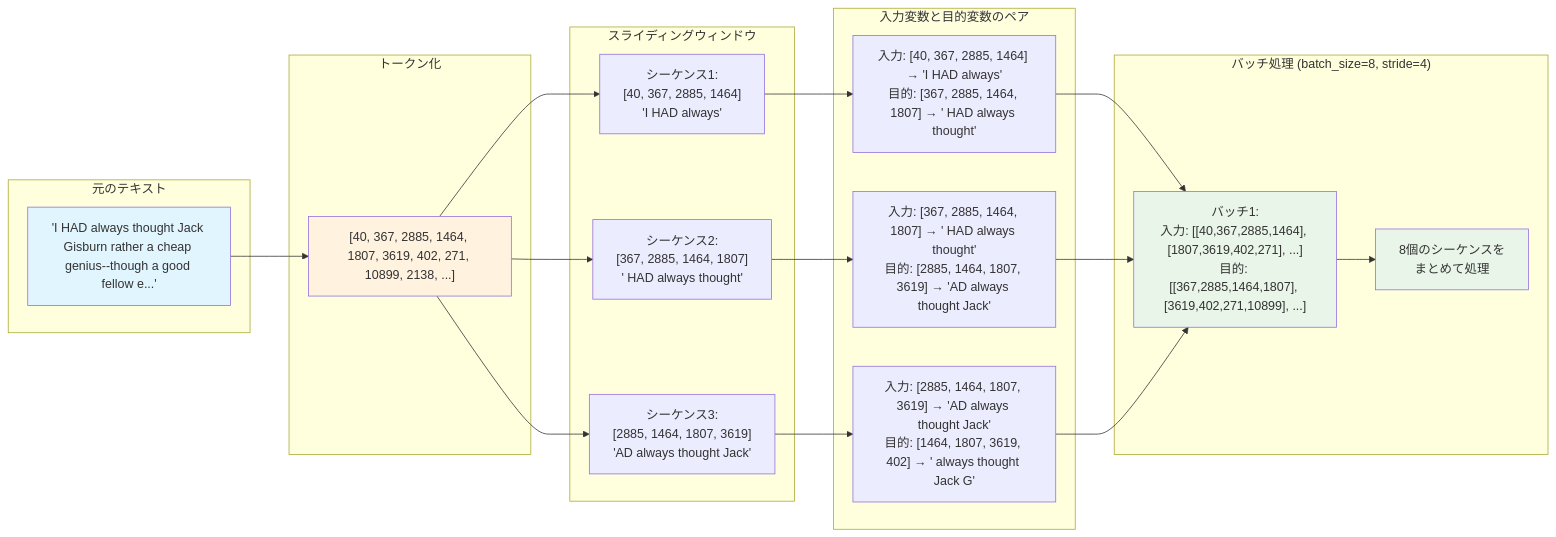
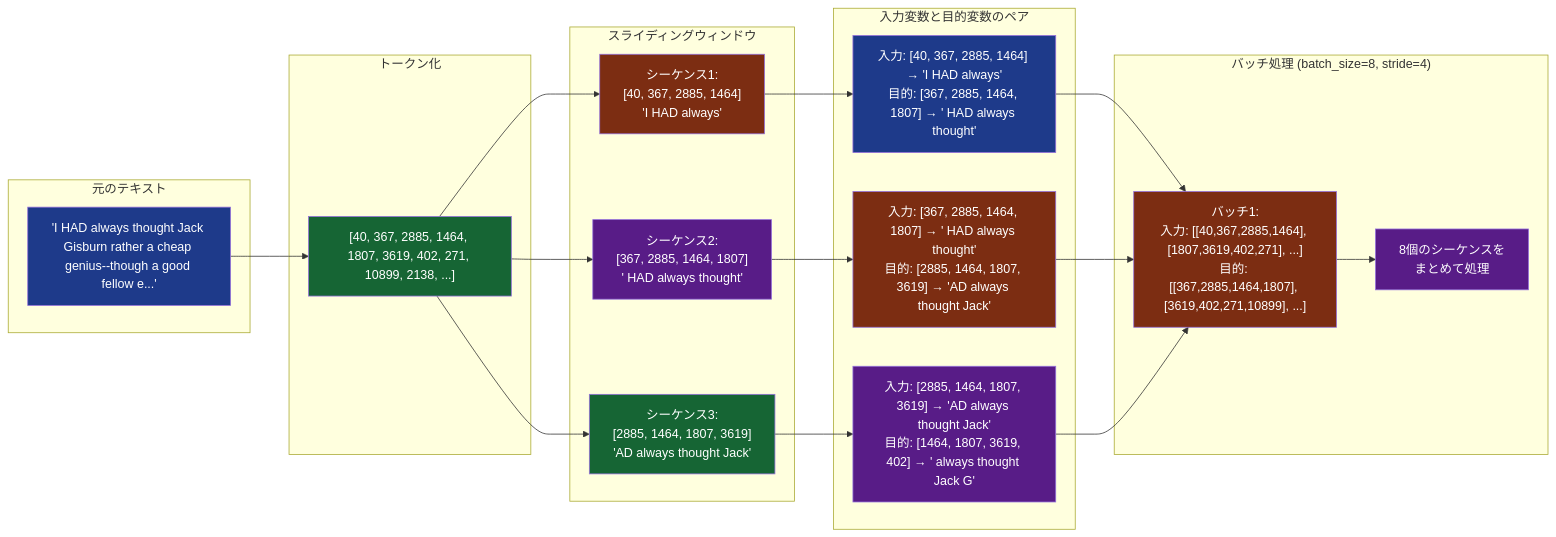
Before and after one commit to HayatoKudou/LLM-Tukuttemita: the second of 2 diagrams in README.md, drawn with Mermaid. The commit also changed other lines of this file, not shown here.

````diff
--- a/README.md
+++ b/README.md
@@ -160,44 +160,50 @@
 ```mermaid
 flowchart LR
  subgraph s1["元のテキスト"]
         A1@{ label: "'I HAD always thought Jack Gisburn rather a cheap genius--though a good fellow e...'" }
   end
  subgraph s2["トークン化"]
         B1["[40, 367, 2885, 1464, 1807, 3619, 402, 271, 10899, 2138, ...]"]
   end
  subgraph subGraph2["スライディングウィンドウ"]
         C1@{ label: "シーケンス1:<br>[40, 367, 2885, 1464]<br>'I HAD always'" }
         C2@{ label: "シーケンス2:<br>[367, 2885, 1464, 1807]<br>' HAD always thought'" }
         C3@{ label: "シーケンス3:<br>[2885, 1464, 1807, 3619]<br>'AD always thought Jack'" }
   end
  subgraph s3["入力変数と目的変数のペア"]
         D1@{ label: "入力: [40, 367, 2885, 1464] → 'I HAD always'<br>目的: [367, 2885, 1464, 1807] → ' HAD always thought'" }
         D2@{ label: "入力: [367, 2885, 1464, 1807] → ' HAD always thought'<br>目的: [2885, 1464, 1807, 3619] → 'AD always thought Jack'" }
         D3@{ label: "入力: [2885, 1464, 1807, 3619] → 'AD always thought Jack'<br>目的: [1464, 1807, 3619, 402] → ' always thought Jack G'" }
   end
  subgraph subGraph4["バッチ処理 (batch_size=8, stride=4)"]
         E1["バッチ1:<br>入力: [[40,367,2885,1464], [1807,3619,402,271], ...]<br>目的: [[367,2885,1464,1807], [3619,402,271,10899], ...]"]
         E2["8個のシーケンスを<br>まとめて処理"]
   end
     A1 --> B1
     B1 --> C1 & C2 & C3
     C1 --> D1
     C2 --> D2
     C3 --> D3
     D1 --> E1
     D2 --> E1
     D3 --> E1
     E1 --> E2
 
     A1@{ shape: rect}
     C1@{ shape: rect}
     C2@{ shape: rect}
     C3@{ shape: rect}
     D1@{ shape: rect}
     D2@{ shape: rect}
     D3@{ shape: rect}
-    style A1 fill:#e1f5fe
-    style B1 fill:#fff3e0
-    style E1 fill:#e8f5e8
-    style E2 fill:#e8f5e8
+    style A1 fill:#1e3a8a,color:#ffffff
+    style B1 fill:#166534,color:#ffffff
+    style C1 fill:#7c2d12,color:#ffffff
+    style C2 fill:#581c87,color:#ffffff
+    style C3 fill:#166534,color:#ffffff
+    style D1 fill:#1e3a8a,color:#ffffff
+    style D2 fill:#7c2d12,color:#ffffff
+    style D3 fill:#581c87,color:#ffffff
+    style E1 fill:#7c2d12,color:#ffffff
+    style E2 fill:#581c87,color:#ffffff
 ```
````
